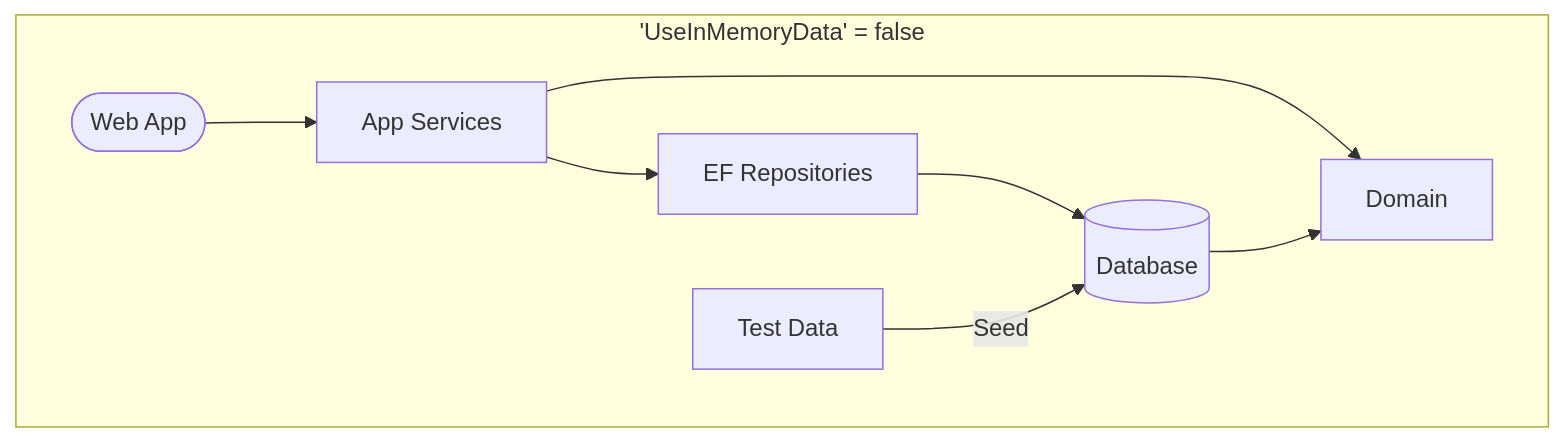
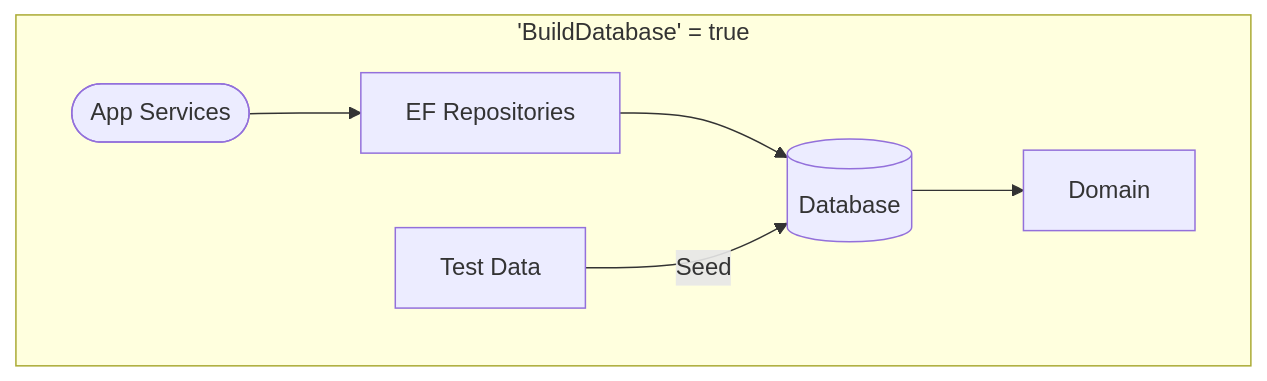
Before and after one commit to gaepdit/sbeap: the second of 3 diagrams in README.md, drawn with Mermaid. The commit also changed other lines of this file and 20 other files, not shown here.

````diff
--- a/README.md
+++ b/README.md
@@ -101,19 +96,15 @@
 ```mermaid
 flowchart LR
-    subgraph SPB["'UseInMemoryData' = false"]
+    subgraph SPB["'BuildDatabase' = true"]
         direction LR
         D[Domain]
         T[Test Data]
         R[EF Repositories]
-        A[App Services]
-        W([Web App])
+        A([App Services])
         B[(Database)]
-
-        W --> A
-        A --> D
         R --> B
         A --> R
         T -->|Seed| B
         B --> D
     end
 ```
````
